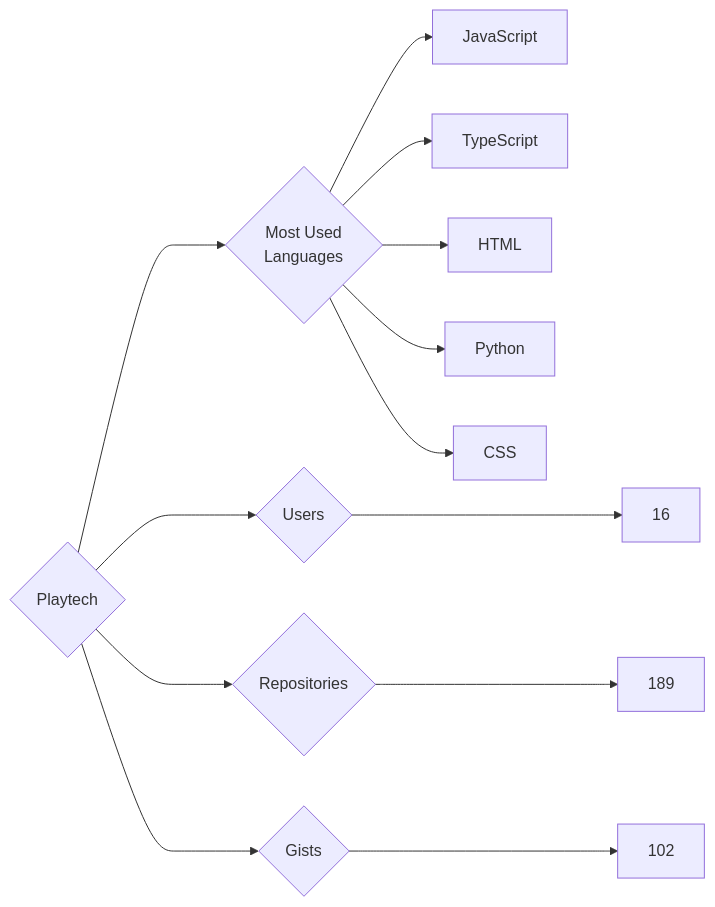
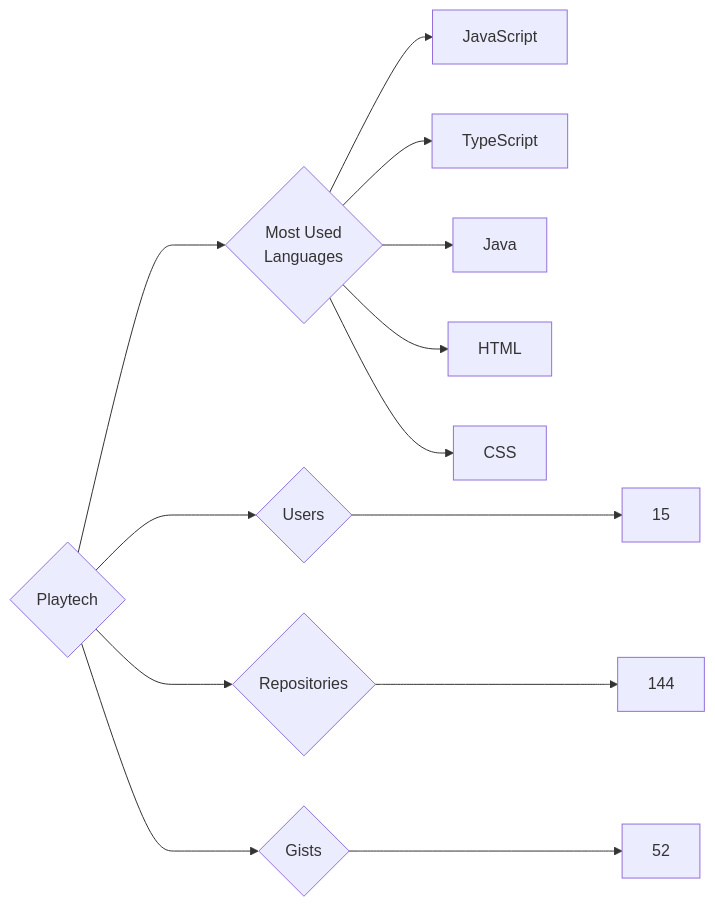
One commit to trickest/insiders changed the diagram in targets/Playtech/README.md. Above: the diagram before and after it, drawn with Mermaid. The commit also changed 1011 other files, not shown here.

````diff
--- a/targets/Playtech/README.md
+++ b/targets/Playtech/README.md
@@ -3,13 +3,13 @@
 ```mermaid
 graph LR
 COMPANY_NAME{Playtech}
-COMPANY_NAME ---> U{Users} ---> UN[16]
-COMPANY_NAME ---> R{Repositories} ---> RN[189]
-COMPANY_NAME ---> G{Gists} ---> GN[102]
+COMPANY_NAME ---> U{Users} ---> UN[15]
+COMPANY_NAME ---> R{Repositories} ---> RN[144]
+COMPANY_NAME ---> G{Gists} ---> GN[52]
 COMPANY_NAME ---> ML{Most Used<br>Languages}
 ML --> JavaScript[JavaScript]
 ML --> TypeScript[TypeScript]
+ML --> Java[Java]
 ML --> HTML[HTML]
-ML --> Python[Python]
 ML --> CSS[CSS]
 ```
````
